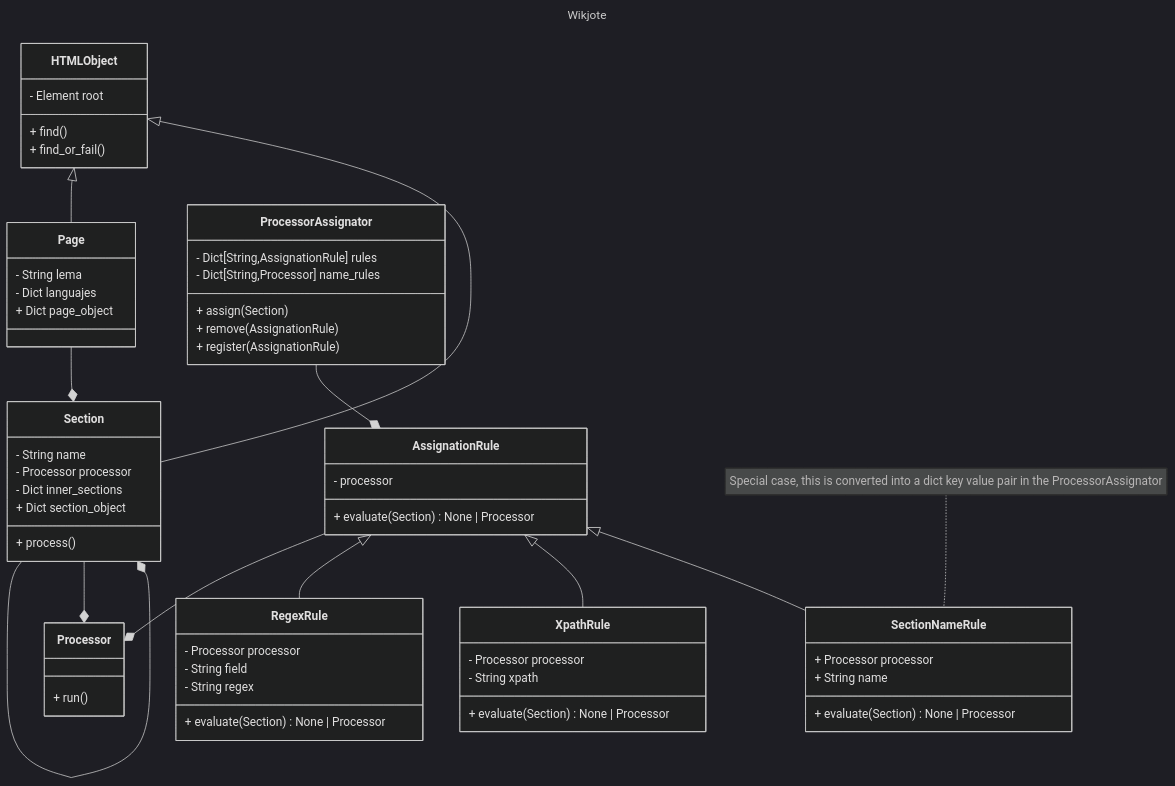
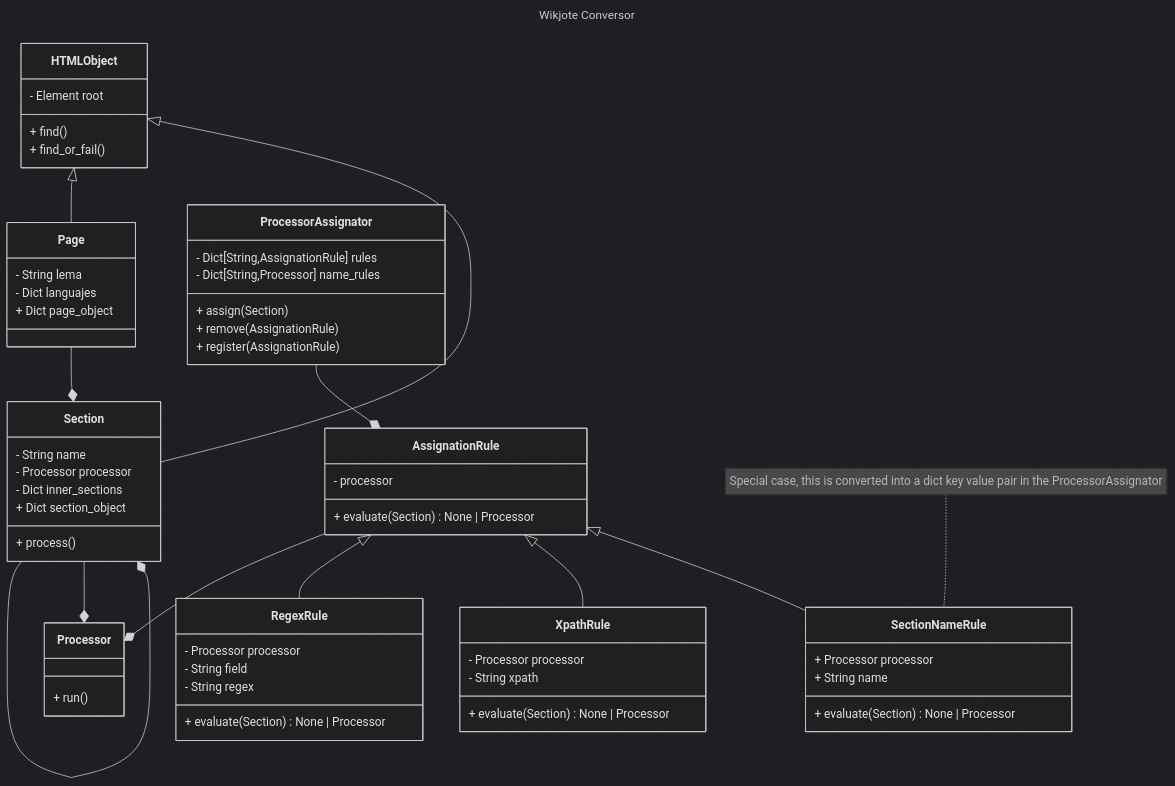
Before and after one commit to SrGnis/wikjote: the diagram in docs/summary.md, drawn with Mermaid (dark theme). The commit also changed 5 other files, not shown here.

````diff
--- a/docs/summary.md
+++ b/docs/summary.md
@@ -27,6 +27,6 @@
 ```mermaid
 ---
-title: Wikjote
+title: Wikjote Conversor
 ---
 
 classDiagram
````
